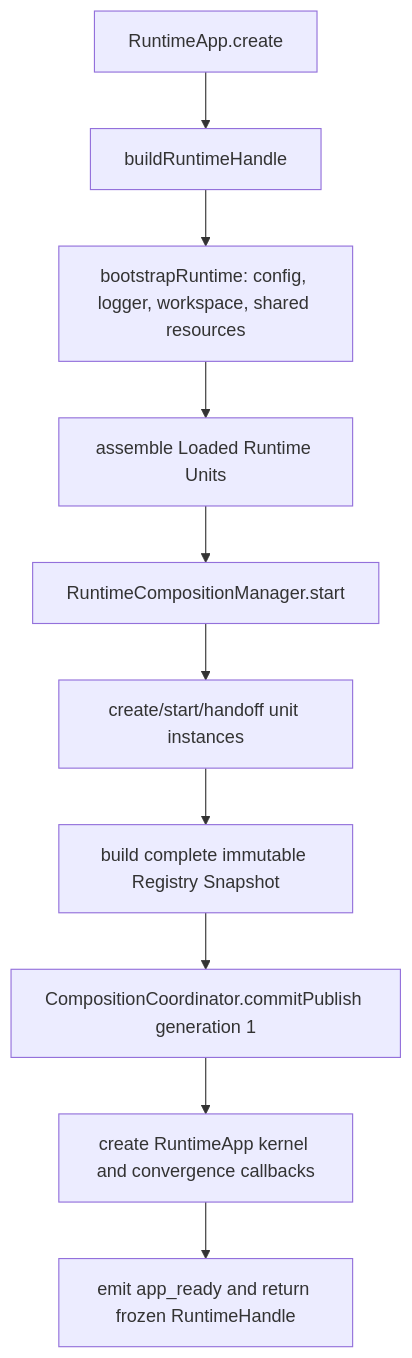
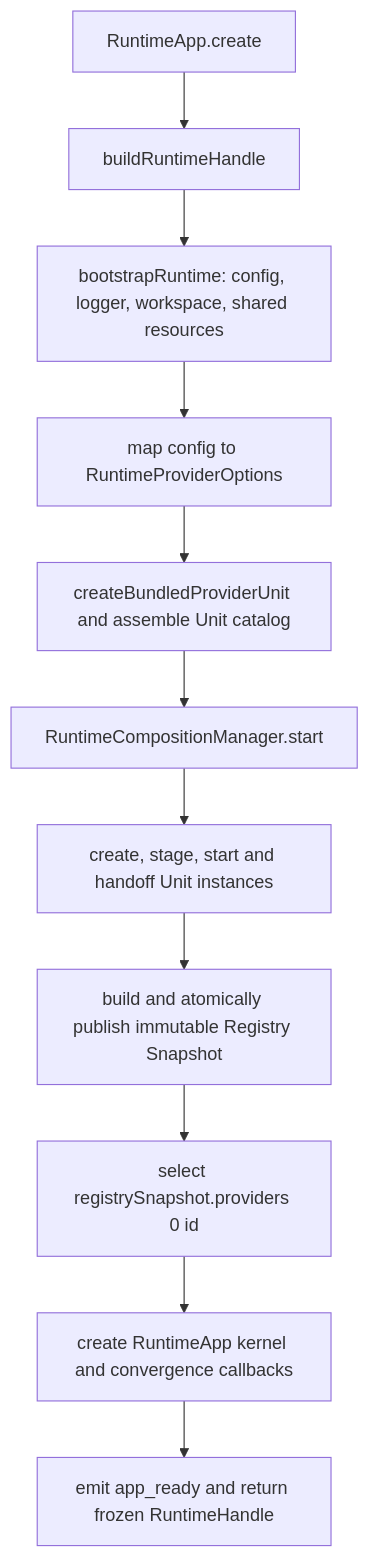
One commit to luciferwww/my-agent changed the first of 5 diagrams in docs/architecture/current/runtime.md. Above: the diagram before and after it, drawn with Mermaid. The commit also changed other lines of this file and 86 other files, not shown here.

Commit message:
refactor: converge source layout and provider composition

````diff
--- a/docs/architecture/current/runtime.md
+++ b/docs/architecture/current/runtime.md
@@ -182,12 +189,13 @@
 ```mermaid
 flowchart TD
   A[RuntimeApp.create] --> B[buildRuntimeHandle]
   B --> C[bootstrapRuntime: config, logger, workspace, shared resources]
-  C --> D[assemble Loaded Runtime Units]
-  D --> E[RuntimeCompositionManager.start]
-  E --> F[create/start/handoff unit instances]
-  F --> G[build complete immutable Registry Snapshot]
-  G --> H[CompositionCoordinator.commitPublish generation 1]
-  H --> I[create RuntimeApp kernel and convergence callbacks]
-  I --> J[emit app_ready and return frozen RuntimeHandle]
+  C --> D[map config to RuntimeProviderOptions]
+  D --> E[createBundledProviderUnit and assemble Unit catalog]
+  E --> F[RuntimeCompositionManager.start]
+  F --> G[create, stage, start and handoff Unit instances]
+  G --> H[build and atomically publish immutable Registry Snapshot]
+  H --> I[select registrySnapshot.providers 0 id]
+  I --> J[create RuntimeApp kernel and convergence callbacks]
+  J --> K[emit app_ready and return frozen RuntimeHandle]
 ```
````
